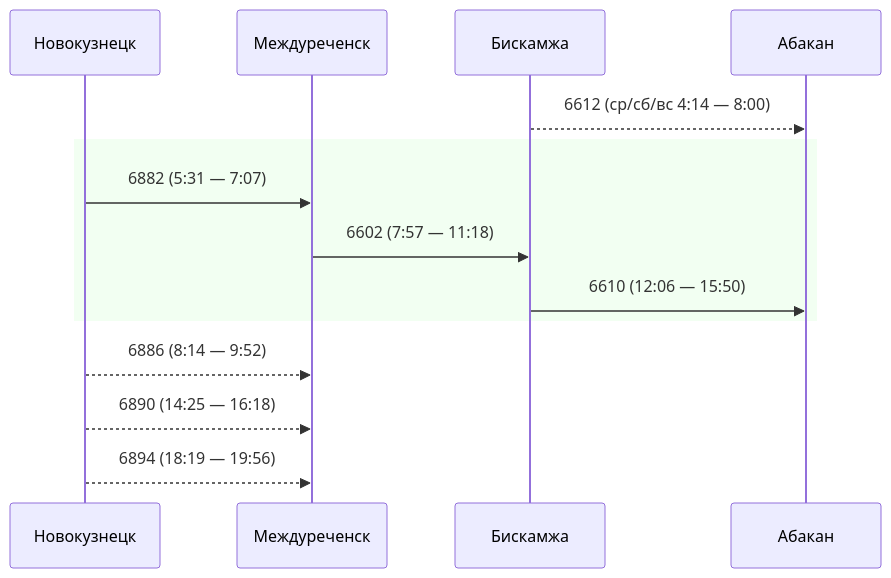
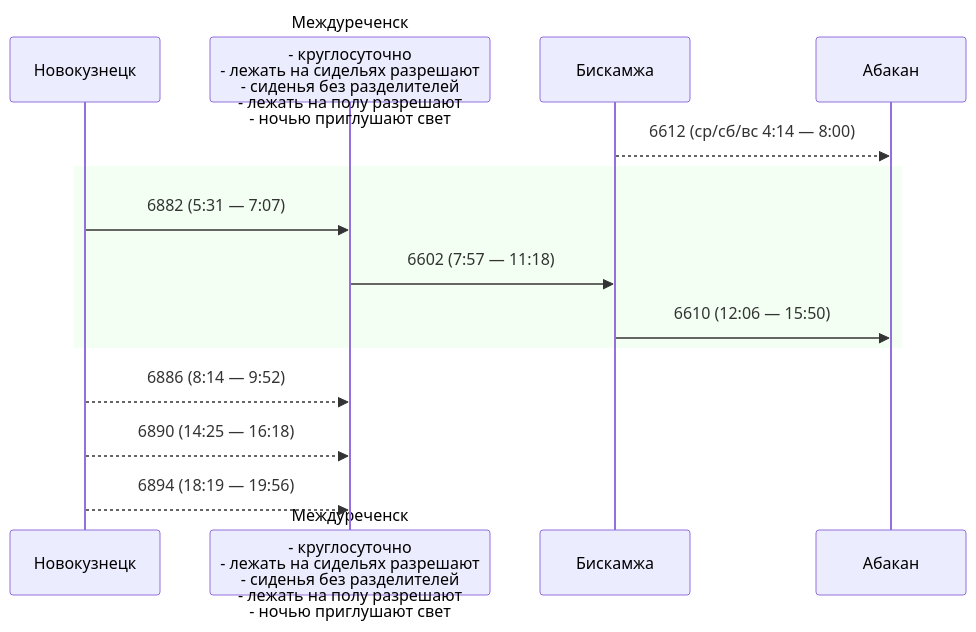
The ninth of 18 diagrams in Schedule/Eastbound.md (u0feff/Pezda), drawn with Mermaid before and after one commit. The commit also changed other lines of this file and 7 other files, not shown here.

````diff
--- a/Schedule/Eastbound.md
+++ b/Schedule/Eastbound.md
@@ -363,21 +349,22 @@
 ```mermaid
 sequenceDiagram
     participant Новокузнецк
-    participant Междуреченск
+    participant Междуреченск as Междуреченск<br><br>- круглосуточно<br>- лежать на сидельях разрешают<br>- сиденья без разделителей<br>- лежать на полу разрешают<br>- ночью приглушают свет
     participant Бискамжа
     participant Абакан
 
     Бискамжа-->>Абакан: 6612 (ср/сб/вс 4:14 — 8:00)
 
     rect rgba(0, 255, 0, 0.05)
     Новокузнецк->>Междуреченск: 6882 (5:31 — 7:07)
     Междуреченск->>Бискамжа: 6602 (7:57 — 11:18)
     Бискамжа->>Абакан: 6610 (12:06 — 15:50)
     end
 
     Новокузнецк-->>Междуреченск: 6886 (8:14 — 9:52)
 
     Новокузнецк-->>Междуреченск: 6890 (14:25 — 16:18)
 
     Новокузнецк-->>Междуреченск: 6894 (18:19 — 19:56)
+
 ```
````
